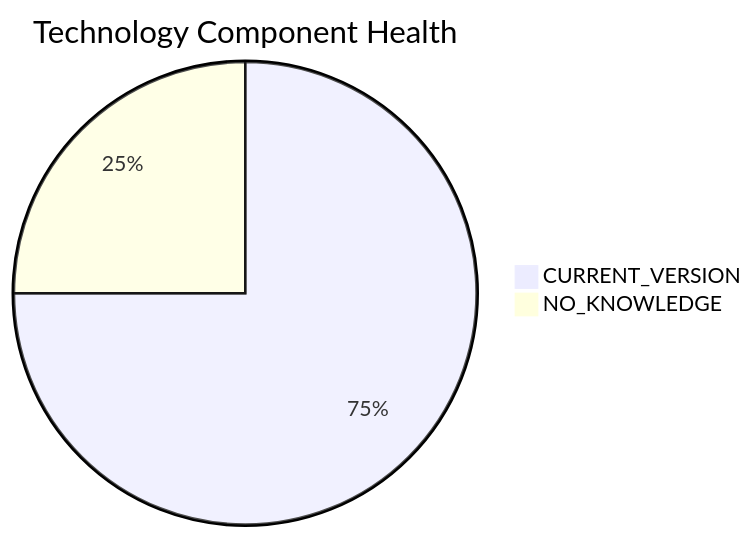
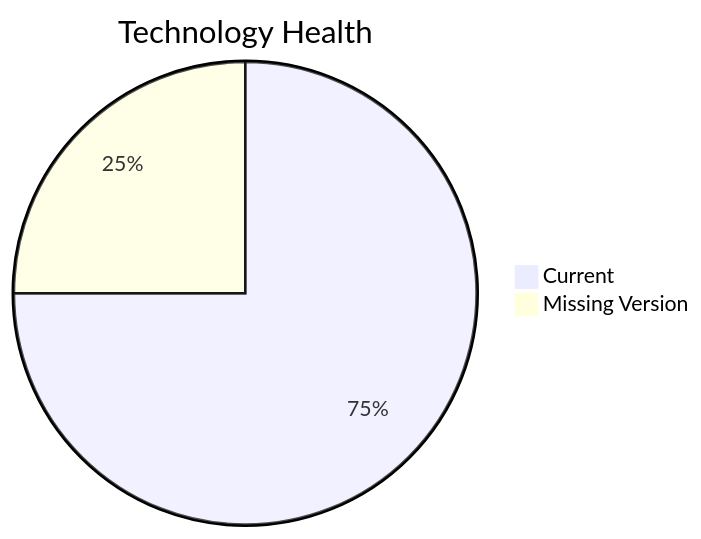
One commit to ktruchcz/copilot-test-ktruchcz changed the diagram in discover/output/reports/apps/app015.md. Above: the diagram before and after it, drawn with Mermaid. The commit also changed other lines of this file and 227 other files, not shown here.

````diff
--- a/discover/output/reports/apps/app015.md
+++ b/discover/output/reports/apps/app015.md
@@ -38,5 +32,5 @@
 ```mermaid
-pie title Technology Component Health
-    "CURRENT_VERSION" : 3
-    "NO_KNOWLEDGE" : 1
+pie title Technology Health
+    "Current" : 3
+    "Missing Version" : 1
 ```
````
